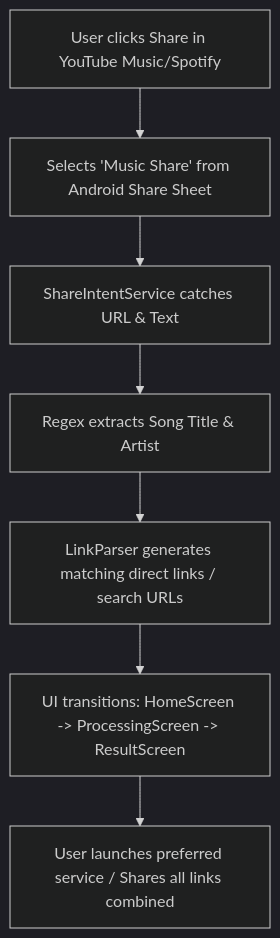
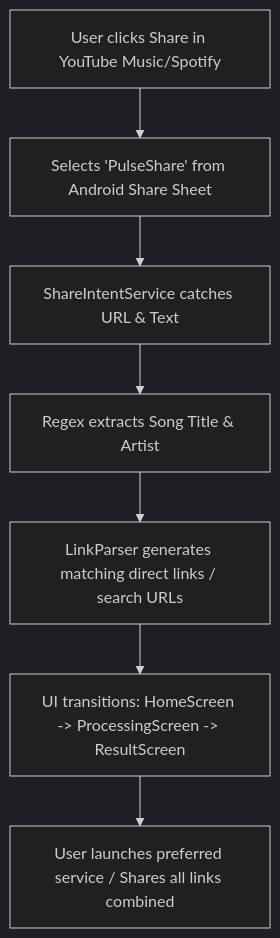
Before and after one commit to pratyush-1327/music_share: the diagram in README.md, drawn with Mermaid (dark theme). The commit also changed other lines of this file and 23 other files, not shown here.

Commit message:
rebrand to pulse share

````diff
--- a/README.md
+++ b/README.md
@@ -54,9 +57,9 @@
 ```mermaid
 graph TD
-    A[User clicks Share in YouTube Music/Spotify] --> B[Selects 'Music Share' from Android Share Sheet]
+    A[User clicks Share in YouTube Music/Spotify] --> B[Selects 'PulseShare' from Android Share Sheet]
     B --> C[ShareIntentService catches URL & Text]
     C --> D[Regex extracts Song Title & Artist]
     D --> E[LinkParser generates matching direct links / search URLs]
     E --> F[UI transitions: HomeScreen -> ProcessingScreen -> ResultScreen]
     F --> G[User launches preferred service / Shares all links combined]
 ```
````
